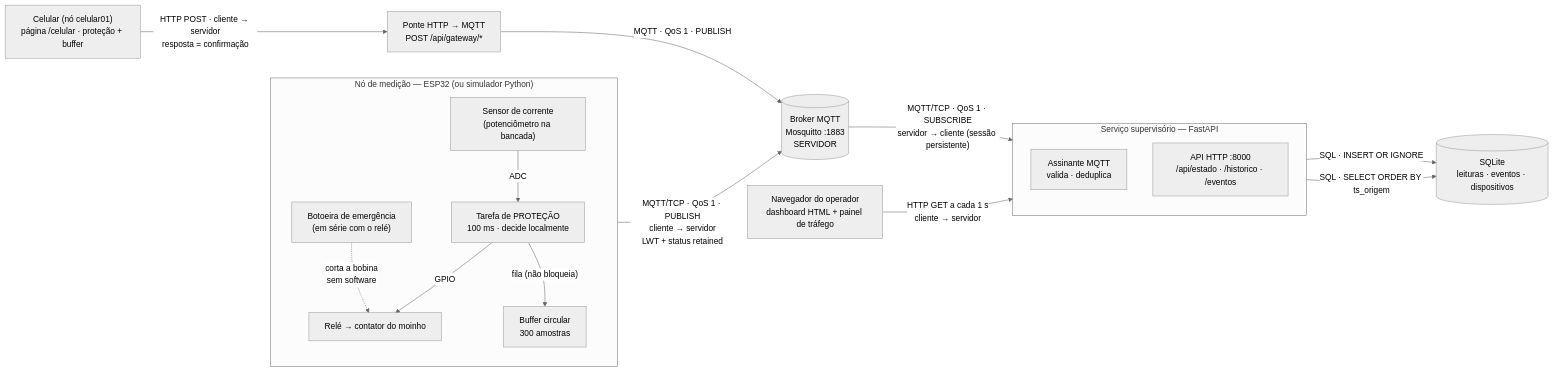
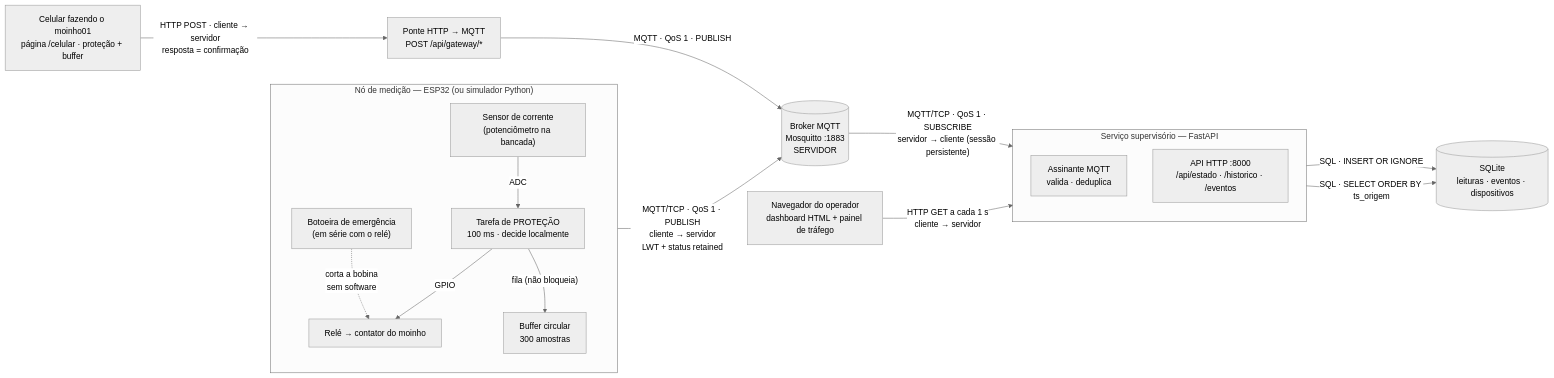
The first of 2 diagrams in docs/arquitetura.md (GianMarcosBoaretto/moinho-mqtt), drawn with Mermaid (neutral theme) before and after one commit. The commit also changed 7 other files, not shown here.

First line of the commit message:
Celular passa a ser o moinho01 (no lugar do simulador)

````diff
--- a/docs/arquitetura.md
+++ b/docs/arquitetura.md
@@ -5,36 +5,36 @@
 ```mermaid
 flowchart LR
     subgraph NO["Nó de medição — ESP32 (ou simulador Python)"]
         direction TB
         SENS["Sensor de corrente<br/>(potenciômetro na bancada)"]
         PROT["Tarefa de PROTEÇÃO<br/>100 ms · decide localmente"]
         RELE["Relé → contator do moinho"]
         BOT["Botoeira de emergência<br/>(em série com o relé)"]
         BUF["Buffer circular<br/>300 amostras"]
         SENS -->|"ADC"| PROT
         PROT -->|"GPIO"| RELE
         BOT -. "corta a bobina<br/>sem software" .-> RELE
         PROT -->|"fila (não bloqueia)"| BUF
     end
 
     BROKER[("Broker MQTT<br/>Mosquitto :1883<br/>SERVIDOR")]
 
     subgraph SUP["Serviço supervisório — FastAPI"]
         direction TB
         SUB["Assinante MQTT<br/>valida · deduplica"]
         API["API HTTP :8000<br/>/api/estado · /historico · /eventos"]
     end
 
     DB[("SQLite<br/>leituras · eventos · dispositivos")]
     NAV["Navegador do operador<br/>dashboard HTML + painel de tráfego"]
-    CEL["Celular (nó celular01)<br/>página /celular · proteção + buffer"]
+    CEL["Celular fazendo o moinho01<br/>página /celular · proteção + buffer"]
     PONTE["Ponte HTTP → MQTT<br/>POST /api/gateway/*"]
 
     BUF -->|"MQTT/TCP · QoS 1 · PUBLISH<br/>cliente → servidor<br/>LWT + status retained"| BROKER
     BROKER -->|"MQTT/TCP · QoS 1 · SUBSCRIBE<br/>servidor → cliente (sessão persistente)"| SUB
     SUB -->|"SQL · INSERT OR IGNORE"| DB
     API -->|"SQL · SELECT ORDER BY ts_origem"| DB
     NAV -->|"HTTP GET a cada 1 s<br/>cliente → servidor"| API
     CEL -->|"HTTP POST · cliente → servidor<br/>resposta = confirmação"| PONTE
     PONTE -->|"MQTT · QoS 1 · PUBLISH"| BROKER
 ```
````
